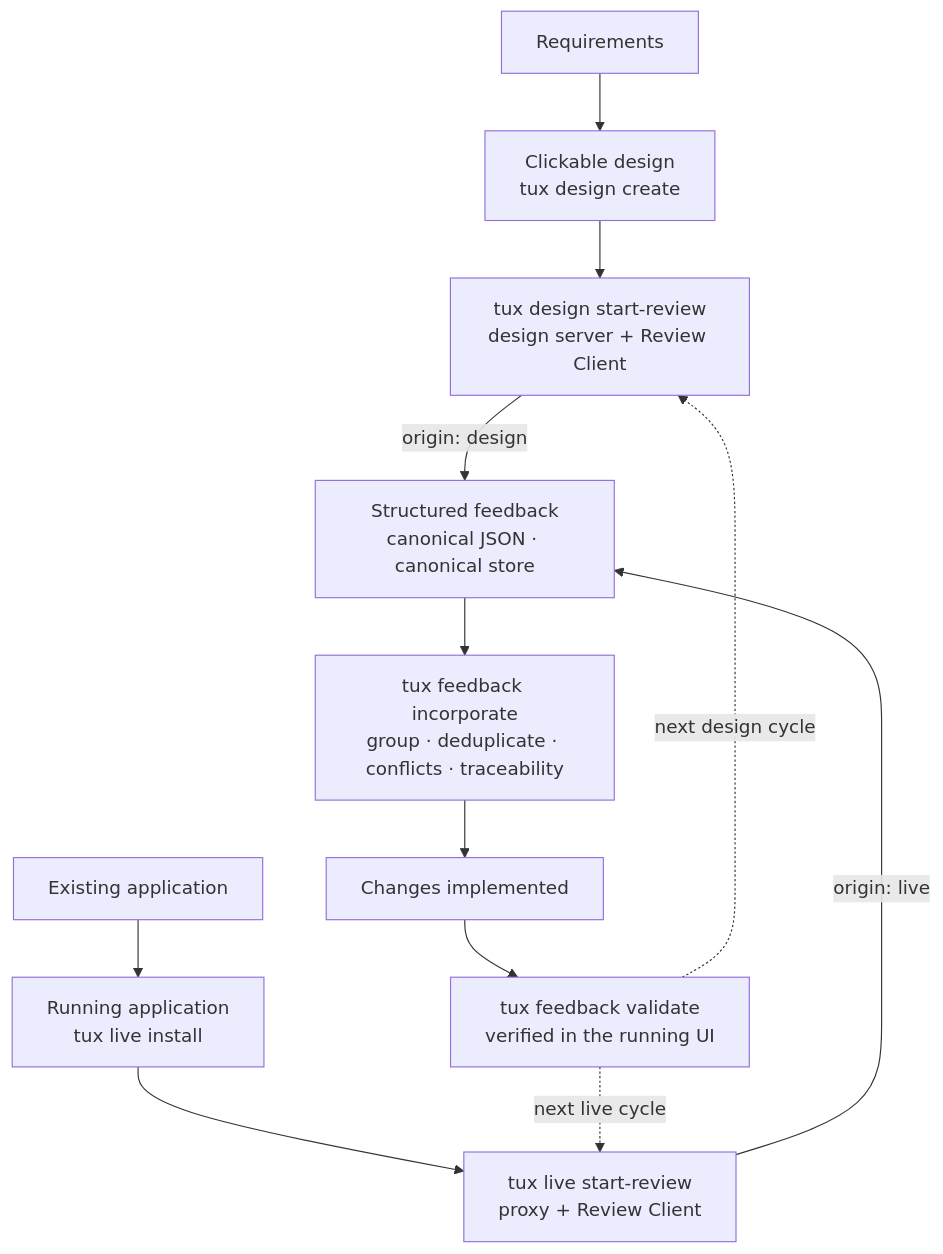
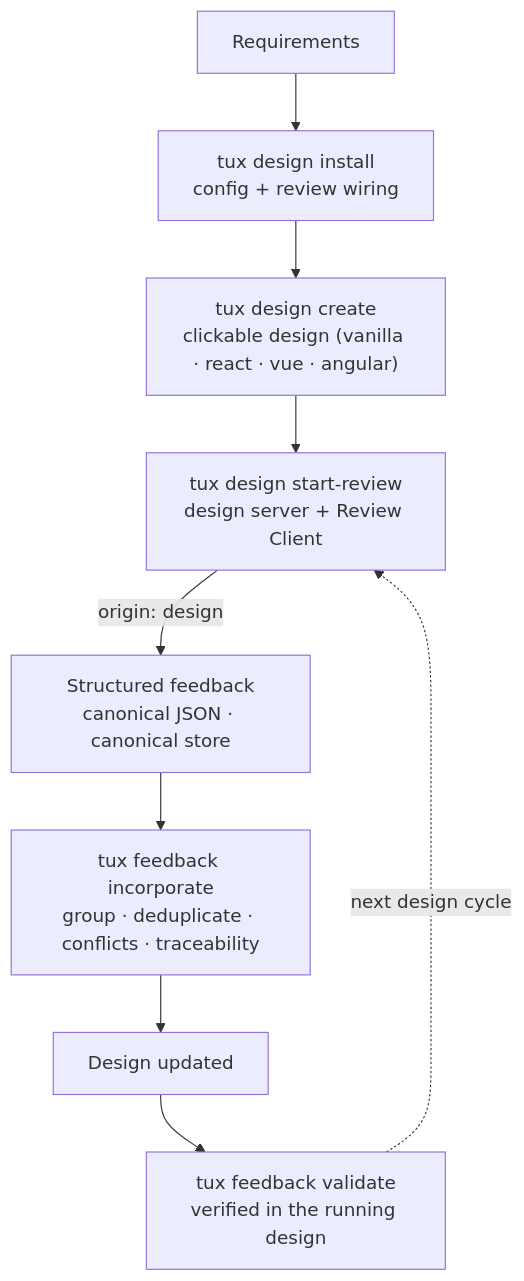
One commit to sommelo1/tux changed the first of 3 diagrams in README.md. Above: the diagram before and after it, drawn with Mermaid. The commit also changed other lines of this file, not shown here.

First line of the commit message:
README: separate the two review use cases into their own cycles

````diff
--- a/README.md
+++ b/README.md
@@ -17,14 +30,11 @@
 ```mermaid
 flowchart TD
-    REQ["Requirements"] --> DC["Clickable design<br>tux design create"]
-    APP["Existing application"] --> LI["Running application<br>tux live install"]
+    REQ["Requirements"] --> DI["tux design install<br>config + review wiring"]
+    DI --> DC["tux design create<br>clickable design (vanilla · react · vue · angular)"]
     DC --> DS["tux design start-review<br>design server + Review Client"]
-    LI --> LS["tux live start-review<br>proxy + Review Client"]
     DS -- "origin: design" --> FB["Structured feedback<br>canonical JSON · canonical store"]
-    LS -- "origin: live" --> FB
     FB --> INC["tux feedback incorporate<br>group · deduplicate · conflicts · traceability"]
-    INC --> IMPL["Changes implemented"]
-    IMPL --> VAL["tux feedback validate<br>verified in the running UI"]
+    INC --> UPD["Design updated"]
+    UPD --> VAL["tux feedback validate<br>verified in the running design"]
     VAL -. "next design cycle" .-> DS
-    VAL -. "next live cycle" .-> LS
 ```
````
